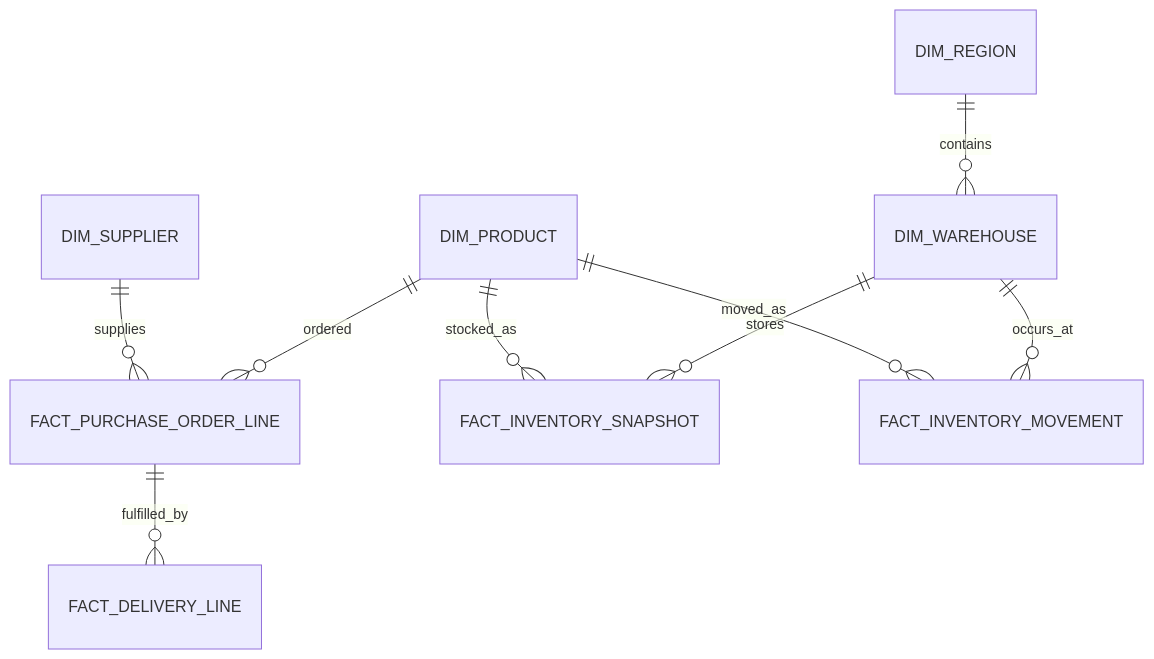
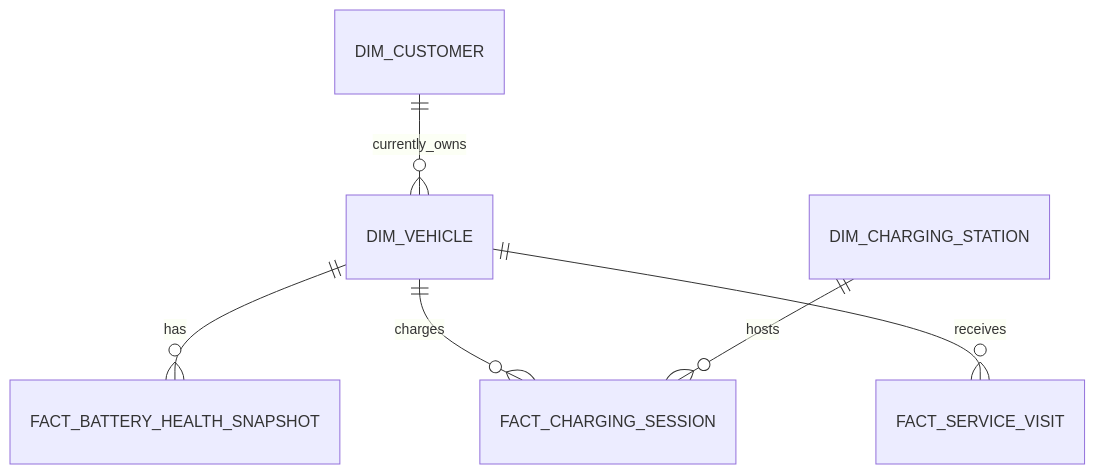
One commit to ntkReyn/pro_text2sql changed the diagram in docs/data/data-design-governance.md. Above: the diagram before and after it, drawn with Mermaid. The commit also changed other lines of this file and 73 other files, not shown here.

````diff
--- a/docs/data/data-design-governance.md
+++ b/docs/data/data-design-governance.md
@@ -76,11 +78,8 @@
 ```mermaid
 erDiagram
-    DIM_SUPPLIER ||--o{ FACT_PURCHASE_ORDER_LINE : supplies
-    DIM_PRODUCT ||--o{ FACT_PURCHASE_ORDER_LINE : ordered
-    FACT_PURCHASE_ORDER_LINE ||--o{ FACT_DELIVERY_LINE : fulfilled_by
-    DIM_PRODUCT ||--o{ FACT_INVENTORY_SNAPSHOT : stocked_as
-    DIM_WAREHOUSE ||--o{ FACT_INVENTORY_SNAPSHOT : stores
-    DIM_PRODUCT ||--o{ FACT_INVENTORY_MOVEMENT : moved_as
-    DIM_WAREHOUSE ||--o{ FACT_INVENTORY_MOVEMENT : occurs_at
-    DIM_REGION ||--o{ DIM_WAREHOUSE : contains
+    DIM_CUSTOMER ||--o{ DIM_VEHICLE : currently_owns
+    DIM_VEHICLE ||--o{ FACT_BATTERY_HEALTH_SNAPSHOT : has
+    DIM_VEHICLE ||--o{ FACT_CHARGING_SESSION : charges
+    DIM_CHARGING_STATION ||--o{ FACT_CHARGING_SESSION : hosts
+    DIM_VEHICLE ||--o{ FACT_SERVICE_VISIT : receives
 ```
````
